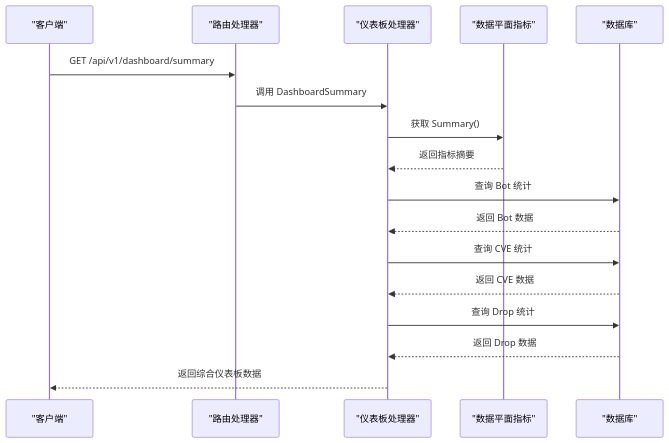
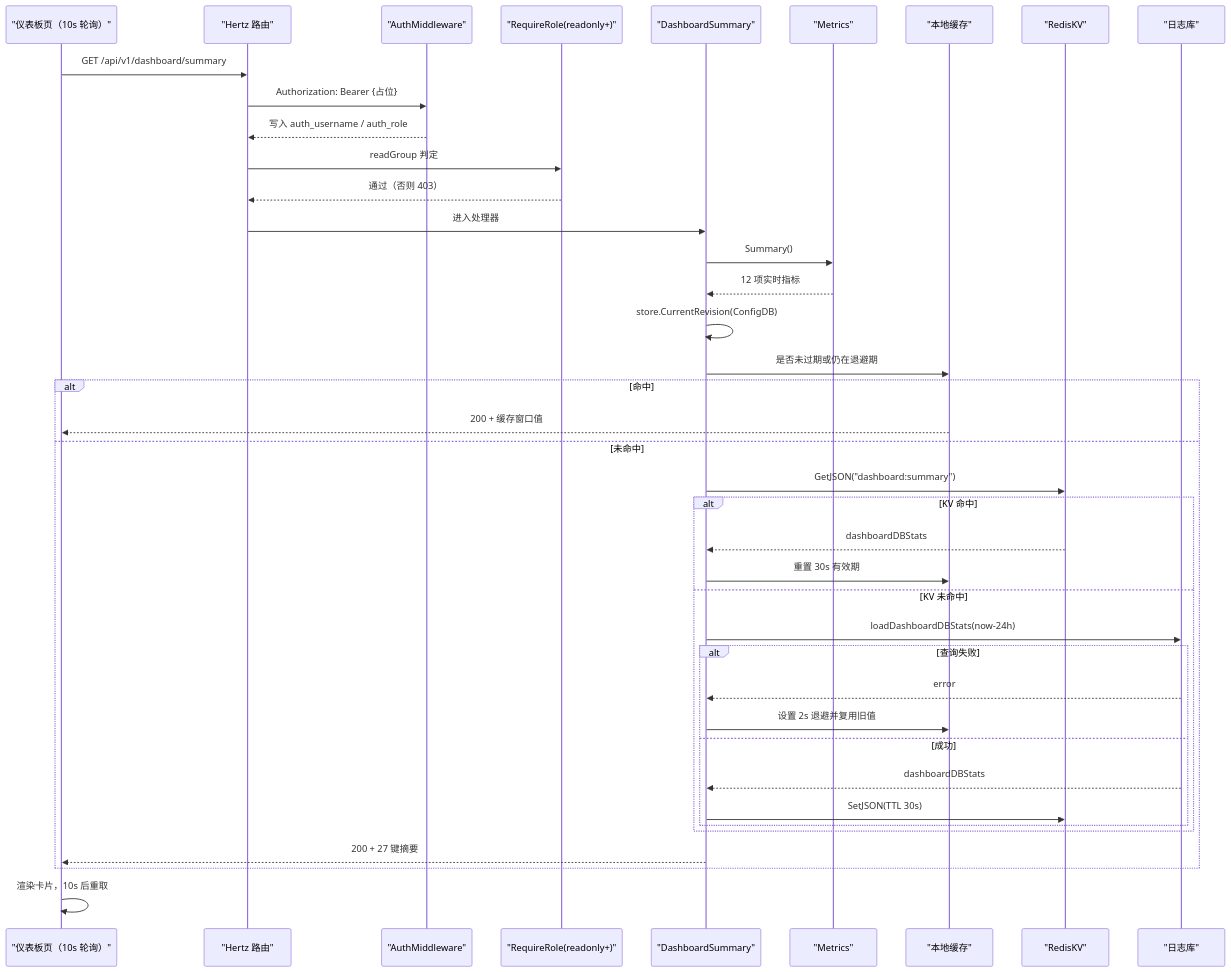
The third of 7 diagrams in docs/管理 API 系统/仪表板 API.md (x01n/My-OpenWaf), drawn with Mermaid before and after one commit. The commit also changed other lines of this file and 622 other files, not shown here.

````diff
--- a/docs/管理 API 系统/仪表板 API.md
+++ b/docs/管理 API 系统/仪表板 API.md
@@ -125,19 +186,42 @@
 ```mermaid
 sequenceDiagram
-participant Client as "客户端"
-participant Router as "路由处理器"
-participant Handler as "仪表板处理器"
-participant Metrics as "数据平面指标"
-participant DB as "数据库"
-Client->>Router : GET /api/v1/dashboard/summary
-Router->>Handler : 调用 DashboardSummary
-Handler->>Metrics : 获取 Summary()
-Metrics-->>Handler : 返回指标摘要
-Handler->>DB : 查询 Bot 统计
-DB-->>Handler : 返回 Bot 数据
-Handler->>DB : 查询 CVE 统计
-DB-->>Handler : 返回 CVE 数据
-Handler->>DB : 查询 Drop 统计
-DB-->>Handler : 返回 Drop 数据
-Handler-->>Client : 返回综合仪表板数据
+participant FE as "仪表板页（10s 轮询）"
+participant API as "Hertz 路由"
+participant Auth as "AuthMiddleware"
+participant Role as "RequireRole(readonly+)"
+participant H as "DashboardSummary"
+participant MET as "Metrics"
+participant LC as "本地缓存"
+participant KC as "RedisKV"
+participant DB as "日志库"
+FE->>API : GET /api/v1/dashboard/summary
+API->>Auth : Authorization: Bearer {占位}
+Auth-->>API : 写入 auth_username / auth_role
+API->>Role : readGroup 判定
+Role-->>API : 通过（否则 403）
+API->>H : 进入处理器
+H->>MET : Summary()
+MET-->>H : 12 项实时指标
+H->>H : store.CurrentRevision(ConfigDB)
+H->>LC : 是否未过期或仍在退避期
+alt 命中
+LC-->>FE : 200 + 缓存窗口值
+else 未命中
+H->>KC : GetJSON("dashboard:summary")
+alt KV 命中
+KC-->>H : dashboardDBStats
+H->>LC : 重置 30s 有效期
+else KV 未命中
+H->>DB : loadDashboardDBStats(now-24h)
+alt 查询失败
+DB-->>H : error
+H->>LC : 设置 2s 退避并复用旧值
+else 成功
+DB-->>H : dashboardDBStats
+H->>KC : SetJSON(TTL 30s)
+end
+end
+H-->>FE : 200 + 27 键摘要
+end
+FE->>FE : 渲染卡片，10s 后重取
 ```
````
